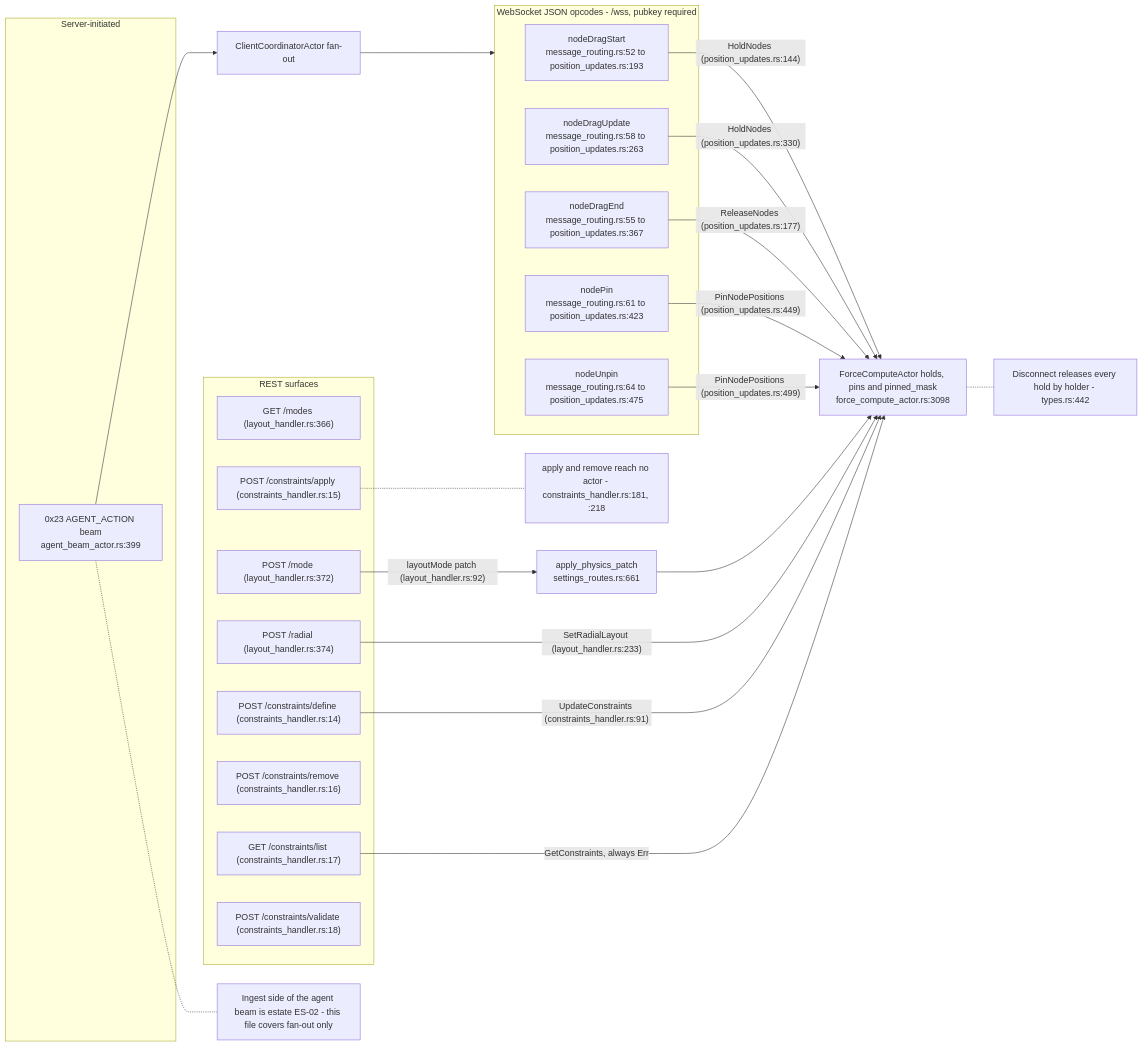
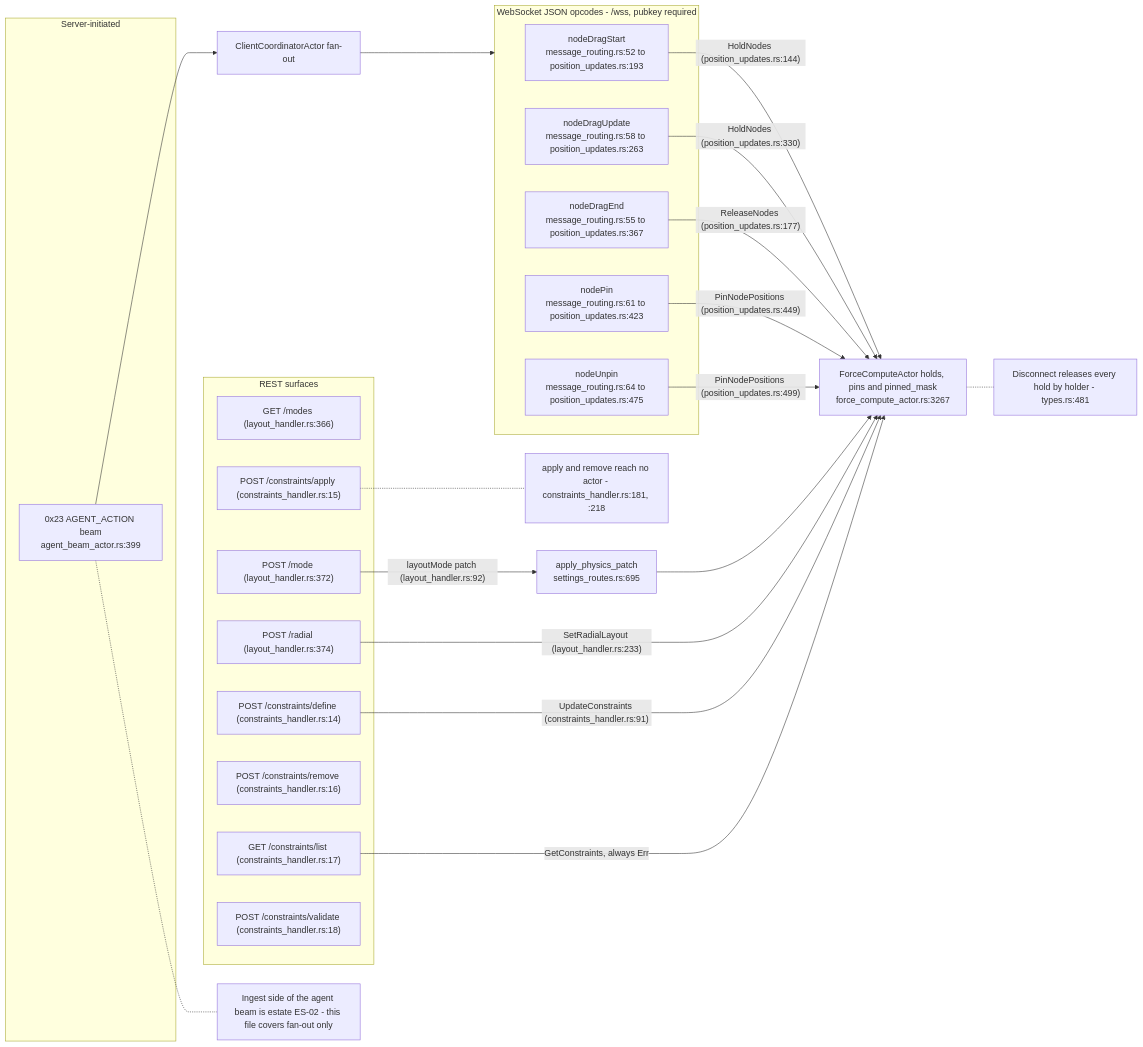
One commit to DreamLab-AI/VisionFlow changed the seventh of 8 diagrams in docs/diagrams/visionclaw/16-interaction-drag-pin-layout.md. Above: the diagram before and after it, drawn with Mermaid. The commit also changed other lines of this file and 7 other files, not shown here.

First line of the commit message:
diagrams(visionclaw): re-verify VC-09..VC-16 at visionclaw 4900ec60

````diff
--- a/docs/diagrams/visionclaw/16-interaction-drag-pin-layout.md
+++ b/docs/diagrams/visionclaw/16-interaction-drag-pin-layout.md
@@ -262,46 +262,46 @@
 ```mermaid
 flowchart LR
     subgraph WSOPS["WebSocket JSON opcodes - /wss, pubkey required"]
         D1["nodeDragStart<br/>message_routing.rs:52 to position_updates.rs:193"]
         D2["nodeDragEnd<br/>message_routing.rs:55 to position_updates.rs:367"]
         D3["nodeDragUpdate<br/>message_routing.rs:58 to position_updates.rs:263"]
         D5["nodePin<br/>message_routing.rs:61 to position_updates.rs:423"]
         D4["nodeUnpin<br/>message_routing.rs:64 to position_updates.rs:475"]
     end
     subgraph REST["REST surfaces"]
         L1["GET /modes (layout_handler.rs:366)"]
         L2["POST /mode (layout_handler.rs:372)"]
         L3["POST /radial (layout_handler.rs:374)"]
         K1["POST /constraints/define (constraints_handler.rs:14)"]
         K2["POST /constraints/apply (constraints_handler.rs:15)"]
         K3["POST /constraints/remove (constraints_handler.rs:16)"]
         K4["GET /constraints/list (constraints_handler.rs:17)"]
         K5["POST /constraints/validate (constraints_handler.rs:18)"]
     end
     subgraph SRVPUSH["Server-initiated"]
         B1["0x23 AGENT_ACTION beam<br/>agent_beam_actor.rs:399"]
     end
-    GPU["ForceComputeActor holds, pins and pinned_mask<br/>force_compute_actor.rs:3098"]
-    STORE["apply_physics_patch<br/>settings_routes.rs:661"]
+    GPU["ForceComputeActor holds, pins and pinned_mask<br/>force_compute_actor.rs:3267"]
+    STORE["apply_physics_patch<br/>settings_routes.rs:695"]
     CC["ClientCoordinatorActor fan-out"]
 
     D1 -->|"HoldNodes (position_updates.rs:144)"| GPU
     D3 -->|"HoldNodes (position_updates.rs:330)"| GPU
     D2 -->|"ReleaseNodes (position_updates.rs:177)"| GPU
     D5 -->|"PinNodePositions (position_updates.rs:449)"| GPU
     D4 -->|"PinNodePositions (position_updates.rs:499)"| GPU
     L2 -->|"layoutMode patch (layout_handler.rs:92)"| STORE
     STORE --> GPU
     L3 -->|"SetRadialLayout (layout_handler.rs:233)"| GPU
     K1 -->|"UpdateConstraints (constraints_handler.rs:91)"| GPU
     K4 -->|"GetConstraints, always Err"| GPU
     B1 --> CC
     CC --> WSOPS
 
-    N1["Disconnect releases every hold by holder - types.rs:442"]
+    N1["Disconnect releases every hold by holder - types.rs:481"]
     N2["apply and remove reach no actor - constraints_handler.rs:181, :218"]
     N3["Ingest side of the agent beam is estate ES-02 - this file covers fan-out only"]
     GPU -.- N1
     K2 -.- N2
     B1 -.- N3
 ```
````
